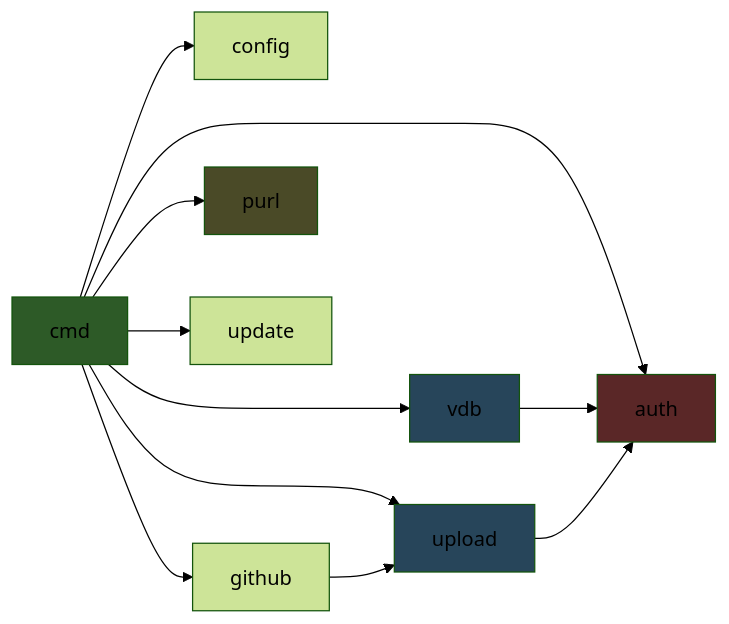
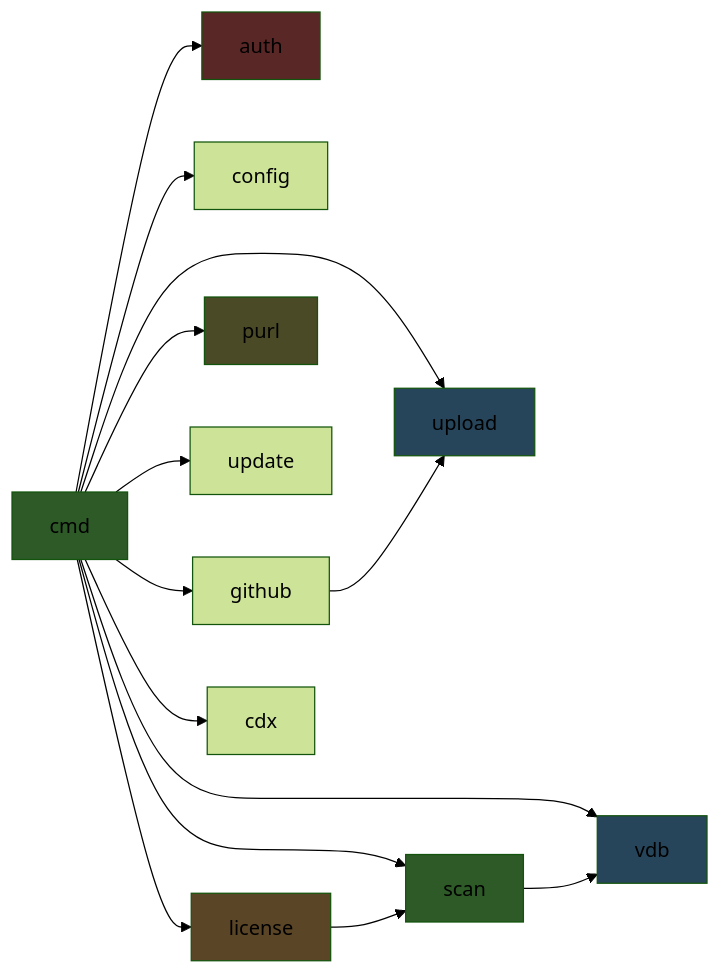
One commit to Vulnetix/cli changed the second of 6 diagrams in _system.md. Above: the diagram before and after it, drawn with Mermaid (forest theme). The commit also changed other lines of this file and 14 other files, not shown here.

````diff
--- a/_system.md
+++ b/_system.md
@@ -249,20 +339,25 @@
 ```mermaid
 graph LR
     cmd --> auth
     cmd --> config
     cmd --> vdb
     cmd --> upload
     cmd --> github
     cmd --> purl
     cmd --> update
+    cmd --> scan
+    cmd --> license
+    cmd --> cdx
 
-    vdb --> auth
-    upload --> auth
+    scan --> vdb
+    license --> scan
     github --> upload
 
     style cmd fill:#2d5a27
     style auth fill:#5a2727
     style vdb fill:#27455a
     style upload fill:#27455a
     style purl fill:#4a4a27
+    style scan fill:#2d5a27
+    style license fill:#5a4527
 ```
````
